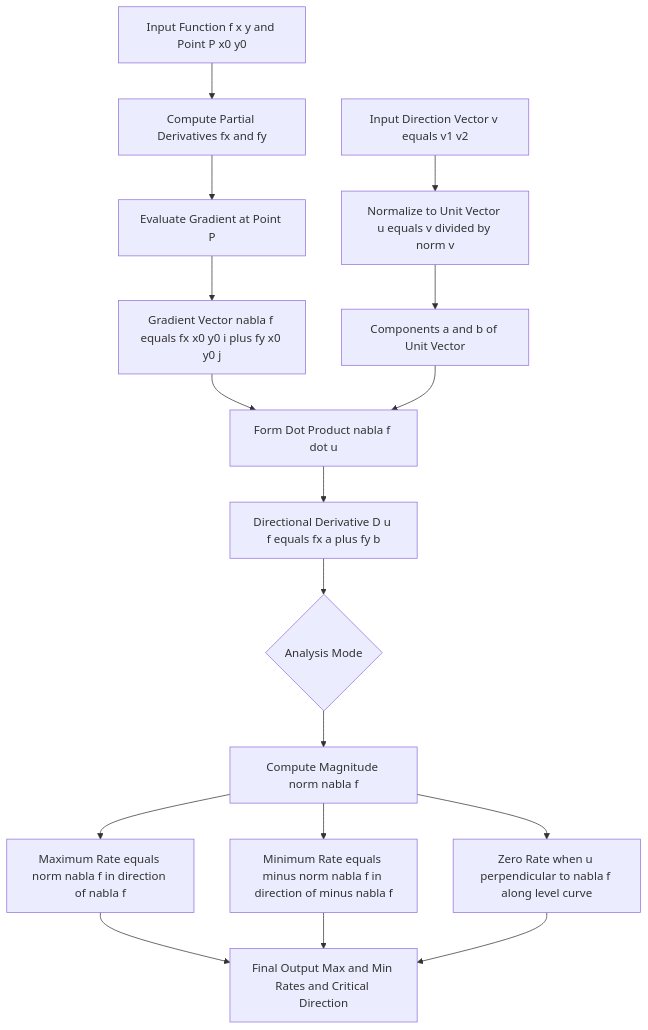
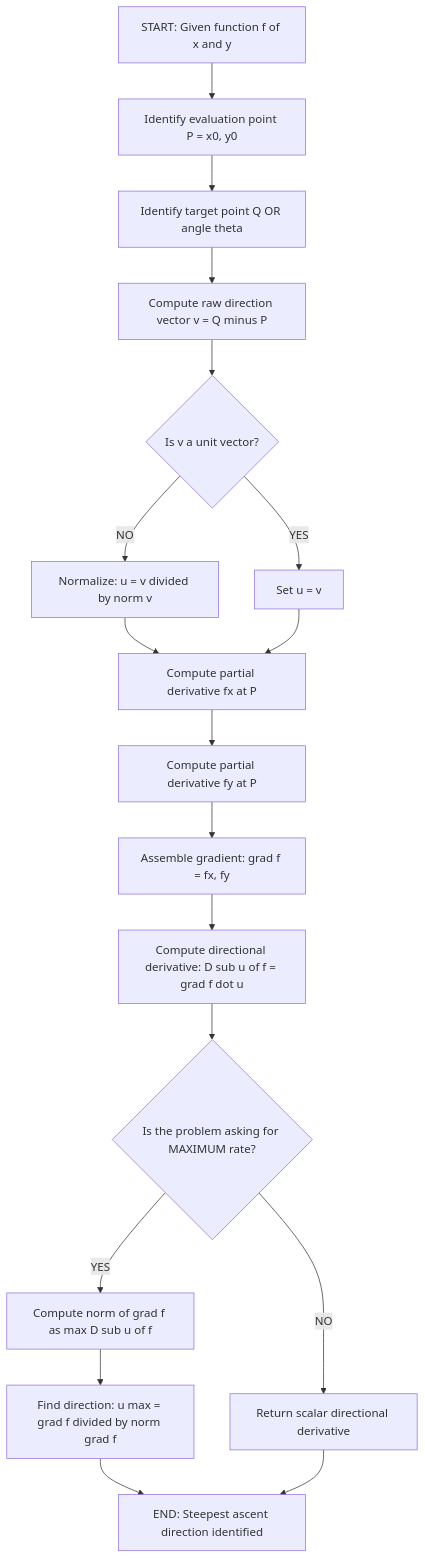
The first of 3 diagrams in public/notes/computer-science-and-engineering/semester-1/gamat101-mathematics-for-information-science-1/03-module-3-the-chain-rule-functions-of-three-variables/directional-derivatives-in-the-plane/notes.md (vishnuu-kr/ktunode), drawn with Mermaid before and after one commit. The commit also changed other lines of this file and 4829 other files, not shown here.

````diff
--- a/public/notes/computer-science-and-engineering/semester-1/gamat101-mathematics-for-information-science-1/03-module-3-the-chain-rule-functions-of-three-variables/directional-derivatives-in-the-plane/notes.md
+++ b/public/notes/computer-science-and-engineering/semester-1/gamat101-mathematics-for-information-science-1/03-module-3-the-chain-rule-functions-of-three-variables/directional-derivatives-in-the-plane/notes.md
@@ -442,19 +285,20 @@
 ```mermaid
-graph TD
-    A["Input Function f x y and Point P x0 y0"] --> B["Compute Partial Derivatives fx and fy"]
-    B --> C["Evaluate Gradient at Point P"]
-    C --> D["Gradient Vector nabla f equals fx x0 y0 i plus fy x0 y0 j"]
-    E["Input Direction Vector v equals v1 v2"] --> F["Normalize to Unit Vector u equals v divided by norm v"]
-    F --> G["Components a and b of Unit Vector"]
-    D --> H["Form Dot Product nabla f dot u"]
+flowchart TD
+    A[START: Given function f of x and y] --> B[Identify evaluation point P = x0, y0]
+    B --> C[Identify target point Q OR angle theta]
+    C --> D[Compute raw direction vector v = Q minus P]
+    D --> E{Is v a unit vector?}
+    E -- NO --> F[Normalize: u = v divided by norm v]
+    E -- YES --> G[Set u = v]
+    F --> H[Compute partial derivative fx at P]
     G --> H
-    H --> I["Directional Derivative D u f equals fx a plus fy b"]
-    I --> J{"Analysis Mode"}
-    J --> K["Compute Magnitude norm nabla f"]
-    K --> L["Maximum Rate equals norm nabla f in direction of nabla f"]
-    K --> M["Minimum Rate equals minus norm nabla f in direction of minus nabla f"]
-    K --> N["Zero Rate when u perpendicular to nabla f along level curve"]
-    L --> O["Final Output Max and Min Rates and Critical Direction"]
-    M --> O
-    N --> O
+    H --> I[Compute partial derivative fy at P]
+    I --> J[Assemble gradient: grad f = fx, fy]
+    J --> K[Compute directional derivative: D sub u of f = grad f dot u]
+    K --> L{Is the problem asking for MAXIMUM rate?}
+    L -- YES --> M[Compute norm of grad f as max D sub u of f]
+    L -- NO --> N[Return scalar directional derivative]
+    M --> O[Find direction: u max = grad f divided by norm grad f]
+    O --> P[END: Steepest ascent direction identified]
+    N --> P
 ```
````
